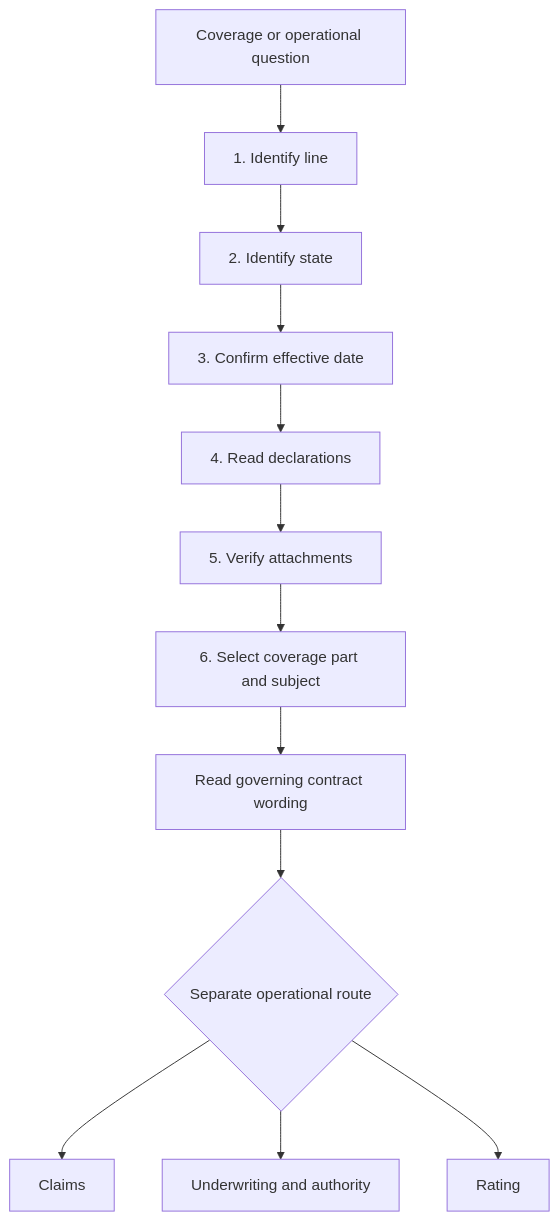
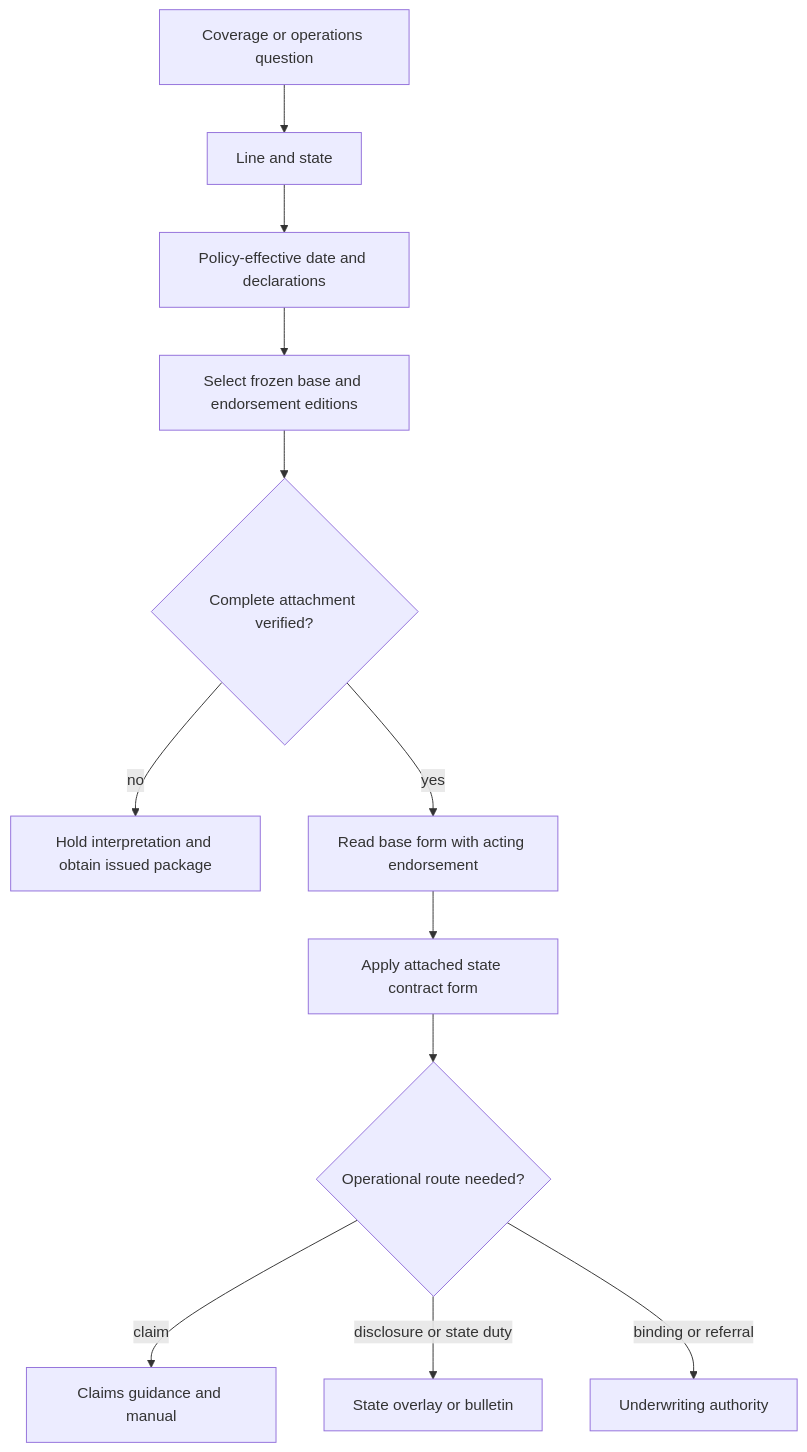
Before and after one commit to langchain-samples/openwiki-insurance-corpus: the diagram in openwiki/quickstart.md, drawn with Mermaid. The commit also changed other lines of this file and 73 other files, not shown here.

````diff
--- a/openwiki/quickstart.md
+++ b/openwiki/quickstart.md
@@ -81,14 +79,14 @@
 ```mermaid
 flowchart TD
-    question["Coverage or operational question"] --> line["1. Identify line"]
-    line --> state["2. Identify state"]
-    state --> date["3. Confirm effective date"]
-    date --> declarations["4. Read declarations"]
-    declarations --> attachments["5. Verify attachments"]
-    attachments --> subject["6. Select coverage part and subject"]
-    subject --> contract["Read governing contract wording"]
-    contract --> branch{"Separate operational route"}
-    branch --> claimroute["Claims"]
-    branch --> uwroute["Underwriting and authority"]
-    branch --> ratingroute["Rating"]
+  Q["Coverage or operations question"] --> A["Line and state"]
+  A --> D["Policy-effective date and declarations"]
+  D --> E["Select frozen base and endorsement editions"]
+  E --> T{"Complete attachment verified?"}
+  T -->|"no"| H["Hold interpretation and obtain issued package"]
+  T -->|"yes"| C["Read base form with acting endorsement"]
+  C --> S["Apply attached state contract form"]
+  S --> R{"Operational route needed?"}
+  R -->|"claim"| CL["Claims guidance and manual"]
+  R -->|"disclosure or state duty"| ST["State overlay or bulletin"]
+  R -->|"binding or referral"| UW["Underwriting authority"]
 ```
````
